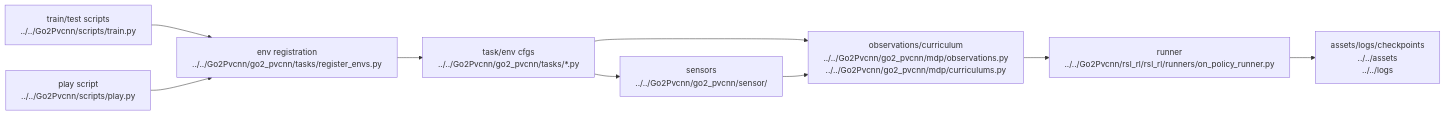
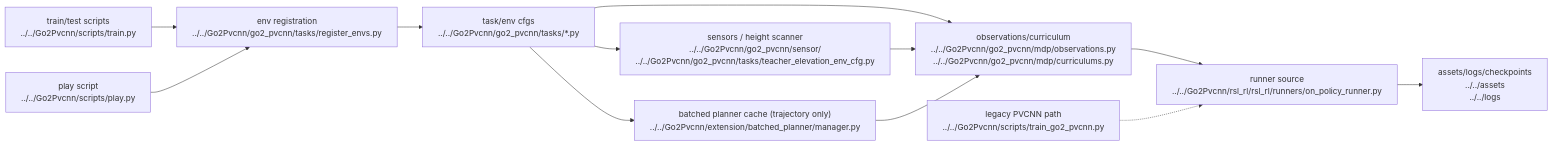
One commit to lukeyang117/Go2Pvcnn changed the diagram in notes/ai/ai-01-overall-pipeline.md. Above: the diagram before and after it, drawn with Mermaid. The commit also changed other lines of this file and 73 other files, not shown here.

````diff
--- a/notes/ai/ai-01-overall-pipeline.md
+++ b/notes/ai/ai-01-overall-pipeline.md
@@ -17,20 +17,25 @@
 ```mermaid
 graph LR
     train["train/test scripts\n../../Go2Pvcnn/scripts/train.py"]
     play["play script\n../../Go2Pvcnn/scripts/play.py"]
     register["env registration\n../../Go2Pvcnn/go2_pvcnn/tasks/register_envs.py"]
     env["task/env cfgs\n../../Go2Pvcnn/go2_pvcnn/tasks/*.py"]
     obs["observations/curriculum\n../../Go2Pvcnn/go2_pvcnn/mdp/observations.py\n../../Go2Pvcnn/go2_pvcnn/mdp/curriculums.py"]
-    lidar["sensors\n../../Go2Pvcnn/go2_pvcnn/sensor/"]
-    ppo["runner\n../../Go2Pvcnn/rsl_rl/rsl_rl/runners/on_policy_runner.py"]
+    lidar["sensors / height scanner\n../../Go2Pvcnn/go2_pvcnn/sensor/\n../../Go2Pvcnn/go2_pvcnn/tasks/teacher_elevation_env_cfg.py"]
+    planner["batched planner cache (trajectory only)\n../../Go2Pvcnn/extension/batched_planner/manager.py"]
+    ppo["runner source\n../../Go2Pvcnn/rsl_rl/rsl_rl/runners/on_policy_runner.py"]
+    legacy["legacy PVCNN path\n../../Go2Pvcnn/scripts/train_go2_pvcnn.py"]
     outputs["assets/logs/checkpoints\n../../assets\n../../logs"]
 
     train --> register
     play --> register
     register --> env
     env --> obs
     env --> lidar
     lidar --> obs
+    env --> planner
+    planner --> obs
     obs --> ppo
+    legacy -.-> ppo
     ppo --> outputs
 ```
````
